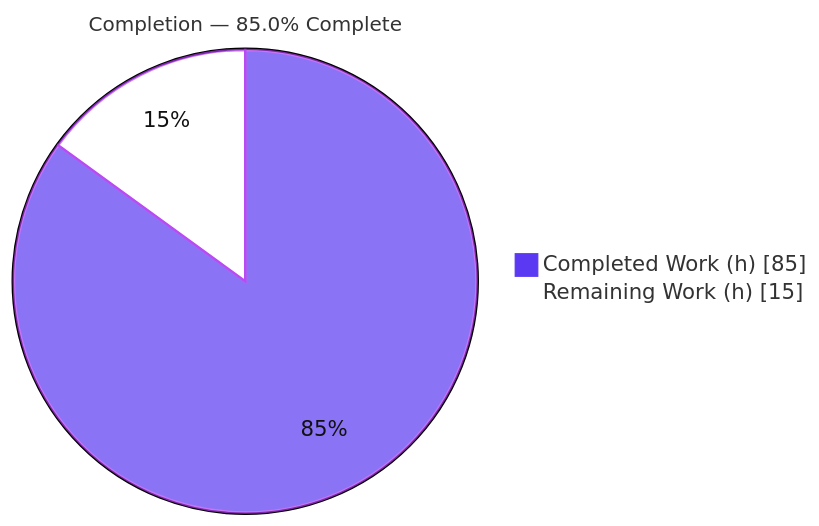
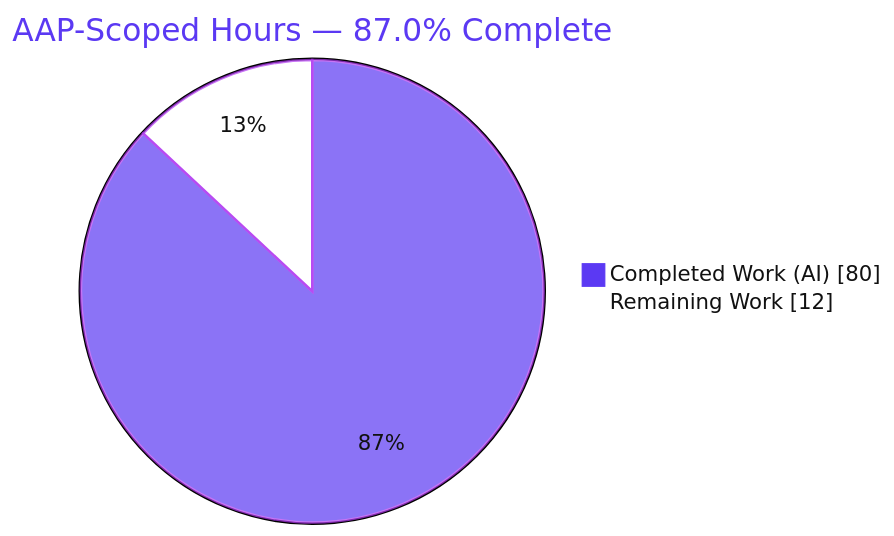
Before and after one commit to blitzy-public-samples/blitzy-WebVella-ERP: the first of 4 diagrams in blitzy/documentation/Project Guide.md, drawn with Mermaid. The commit also changed other lines of this file, not shown here.

Commit message:
Adding Blitzy Project Guide: Project Status and Human Tasks Remaining

````diff
--- a/blitzy/documentation/Project Guide.md
+++ b/blitzy/documentation/Project Guide.md
@@ -17,6 +18,7 @@
 ```mermaid
-%%{init: {'theme':'base', 'themeVariables':{'pie1':'#5B39F3','pie2':'#FFFFFF','pieStrokeColor':'#B23AF2','pieStrokeWidth':'2px','pieOuterStrokeWidth':'2px','pieTitleTextSize':'16px','pieSectionTextColor':'#111111'}}}%%
-pie showData title Completion — 85.0% Complete
-    "Completed Work (h)" : 85
-    "Remaining Work (h)" : 15
+%%{init: {"theme":"base","themeVariables":{"pie1":"#5B39F3","pie2":"#FFFFFF","pieStrokeColor":"#B23AF2","pieOuterStrokeWidth":"2px","pieSectionTextColor":"#111111","pieTitleTextColor":"#5B39F3","pieLegendTextColor":"#111111"}}}%%
+pie showData
+    title AAP-Scoped Hours — 87.0% Complete
+    "Completed Work (AI)" : 80
+    "Remaining Work" : 12
 ```
````
